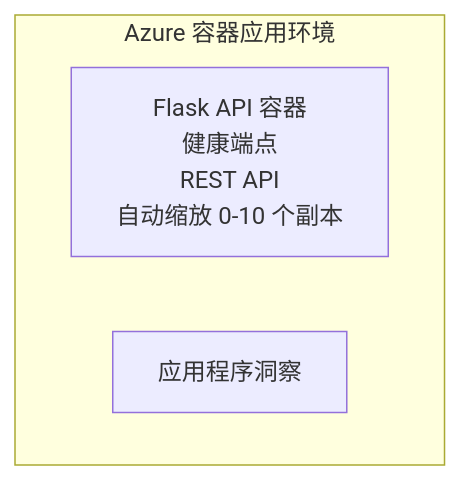
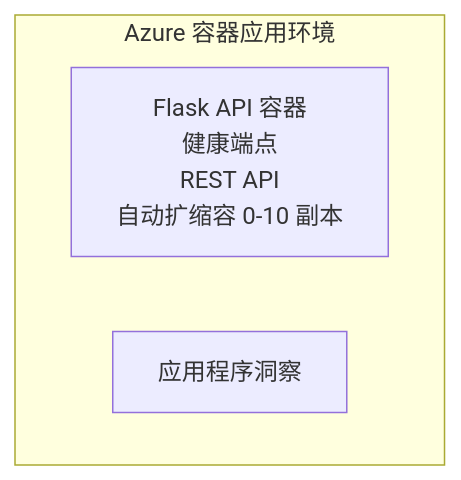
The diagram in translations/zh-CN/examples/container-app/simple-flask-api/README.md (microsoft/AZD-for-beginners), drawn with Mermaid before and after one commit. The commit also changed other lines of this file and 104 other files, not shown here.

````diff
--- a/translations/zh-CN/examples/container-app/simple-flask-api/README.md
+++ b/translations/zh-CN/examples/container-app/simple-flask-api/README.md
@@ -26,7 +26,7 @@
 ```mermaid
 graph TD
     subgraph ACA[Azure 容器应用环境]
-        Flask[Flask API 容器<br/>健康端点<br/>REST API<br/>自动缩放 0-10 个副本]
+        Flask[Flask API 容器<br/>健康端点<br/>REST API<br/>自动扩缩容 0-10 副本]
         AppInsights[应用程序洞察]
     end
 ```
````
